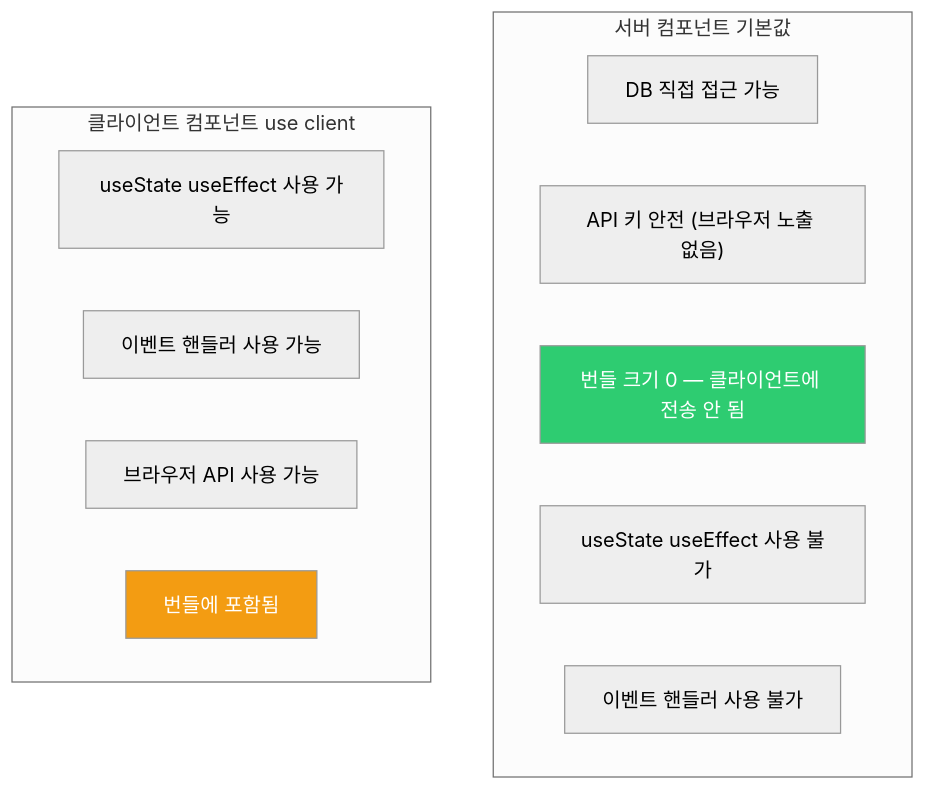
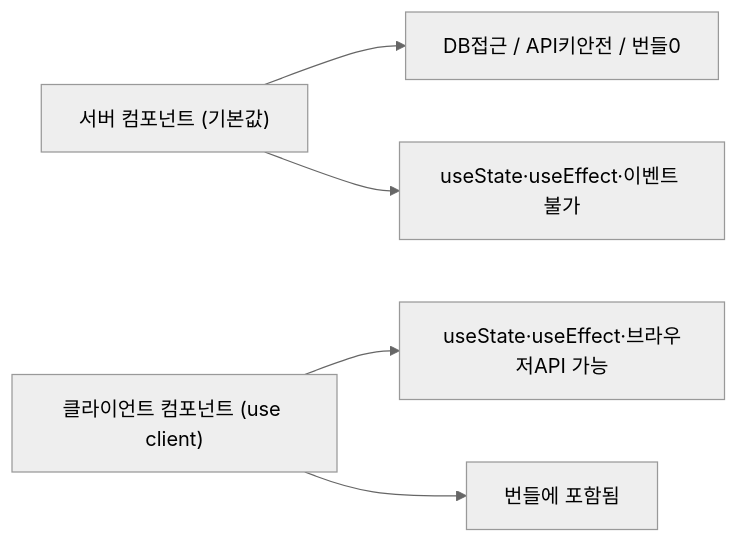
One commit to yjkim2015/yjkim2015.github.io changed the third of 6 diagrams in _posts/frontend/2026-05-02-nextjs-fundamentals.md. Above: the diagram before and after it, drawn with Mermaid (neutral theme). The commit also changed other lines of this file and 215 other files, not shown here.

First line of the commit message:
신규 포스트 10개 추가 + Mermaid 전면 축소 + SystemDesign 시리즈 보강

````diff
--- a/_posts/frontend/2026-05-02-nextjs-fundamentals.md
+++ b/_posts/frontend/2026-05-02-nextjs-fundamentals.md
@@ -144,20 +107,9 @@
 ```mermaid
-graph TD
-    subgraph "서버 컴포넌트 기본값"
-        SC1["DB 직접 접근 가능"]
-        SC2["API 키 안전 (브라우저 노출 없음)"]
-        SC3["번들 크기 0 — 클라이언트에 전송 안 됨"]
-        SC4["useState useEffect 사용 불가"]
-        SC5["이벤트 핸들러 사용 불가"]
-    end
-
-    subgraph "클라이언트 컴포넌트 use client"
-        CC1["useState useEffect 사용 가능"]
-        CC2["이벤트 핸들러 사용 가능"]
-        CC3["브라우저 API 사용 가능"]
-        CC4["번들에 포함됨"]
-    end
-
-    style SC3 fill:#2ecc71,color:#fff
-    style CC4 fill:#f39c12,color:#fff
+graph LR
+    SC["서버 컴포넌트 (기본값)"]
+    CC["클라이언트 컴포넌트 (use client)"]
+    SC --> SC1["DB접근 / API키안전 / 번들0"]
+    SC --> SC2["useState·useEffect·이벤트 불가"]
+    CC --> CC1["useState·useEffect·브라우저API 가능"]
+    CC --> CC2["번들에 포함됨"]
 ```
````
